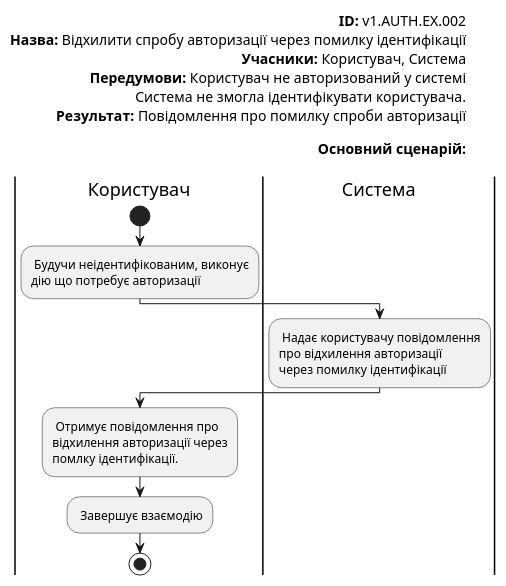
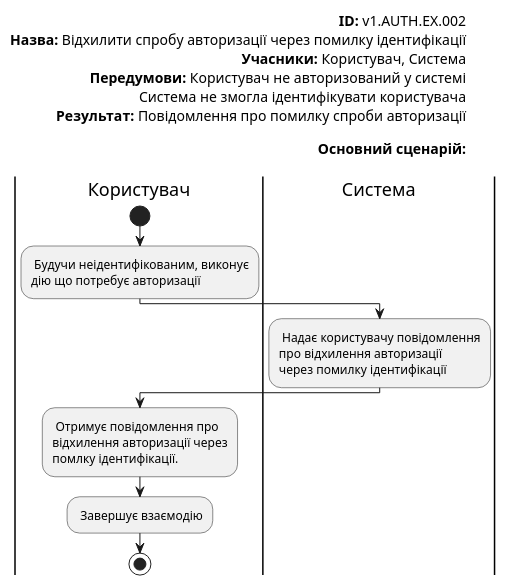
One commit to ic3top/QuizHub changed diagram 14 of 19 in docs/use cases/README.md. Above: the diagram before and after it, drawn with PlantUML. The commit also changed other lines of this file, not shown here.

```diff
--- a/docs/use cases/README.md
+++ b/docs/use cases/README.md
@@ -539,32 +600,32 @@
 @startuml
 
     left header
         <font color=000 size=14><b>ID:</b> v1.AUTH.EX.002
         <font color=000 size=14><b>Назва:</b> Відхилити спробу авторизації через помилку ідентифікації
         <font color=000 size=14><b>Учасники:</b> Користувач, Система
         <font color=000 size=14><b>Передумови:</b> Користувач не авторизований у системі
-        <font color=000 size=14> Система не змогла ідентифікувати користувача.
+        <font color=000 size=14> Система не змогла ідентифікувати користувача
         <font color=000 size=14><b>Результат:</b> Повідомлення про помилку спроби авторизації
 
         <font color=000 size=14><b>Основний сценарій:</b>
 
     end header
 
     |Користувач|
         start
         : Будучи неідентифікованим, виконує
         дію що потребує авторизації;
 
     |Система|
         : Надає користувачу повідомлення
         про відхилення авторизації
         через помилку ідентифікації;
 
     |Користувач|
         : Отримує повідомлення про
         відхилення авторизації через
         помлку ідентифікації.;
         : Завершує взаємодію;
         stop;
 
 @enduml
```
